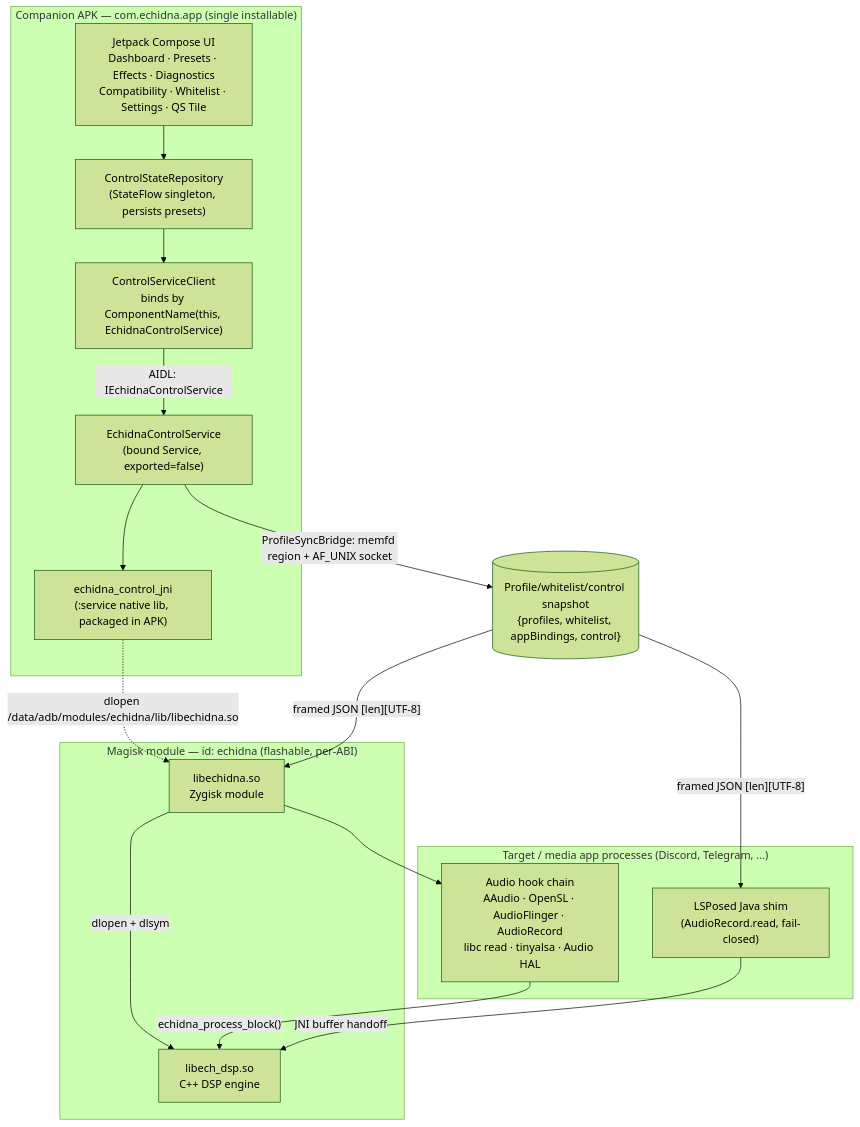
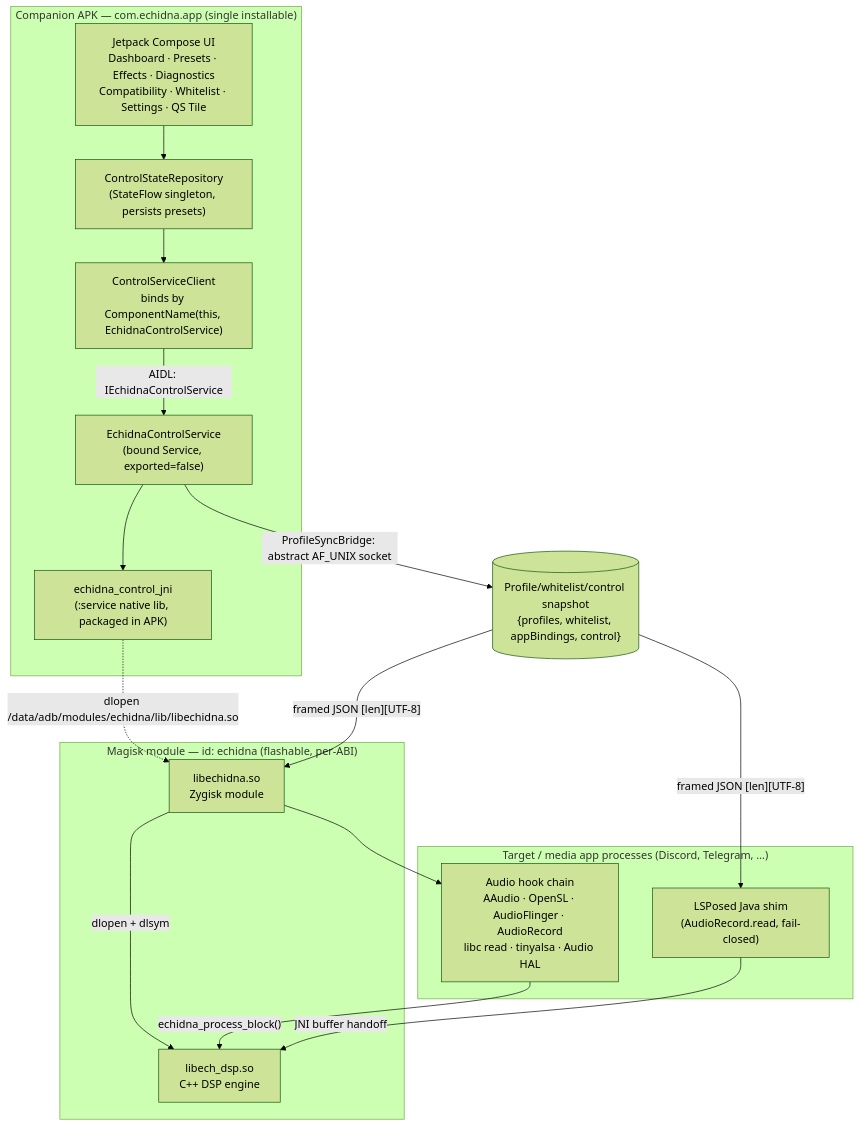
The first of 3 diagrams in docs/architecture.md (supermarsx/echidna), drawn with Mermaid (forest theme) before and after one commit. The commit also changed other lines of this file and 8 other files, not shown here.

First line of the commit message:
Document multi-reader profile sync

````diff
--- a/docs/architecture.md
+++ b/docs/architecture.md
@@ -18,32 +18,32 @@
 ```mermaid
 flowchart TB
     subgraph APK["Companion APK — com.echidna.app (single installable)"]
         UI["Jetpack Compose UI<br/>Dashboard · Presets · Effects · Diagnostics<br/>Compatibility · Whitelist · Settings · QS Tile"]
         REPO["ControlStateRepository<br/>(StateFlow singleton, persists presets)"]
         CLIENT["ControlServiceClient<br/>binds by ComponentName(this, EchidnaControlService)"]
         SVC["EchidnaControlService<br/>(bound Service, exported=false)"]
         JNI["echidna_control_jni<br/>(:service native lib, packaged in APK)"]
         UI --> REPO --> CLIENT
         CLIENT -->|"AIDL: IEchidnaControlService"| SVC
         SVC --> JNI
     end
 
     subgraph MAGISK["Magisk module — id: echidna (flashable, per-ABI)"]
         ZY["libechidna.so<br/>Zygisk module"]
         DSP["libech_dsp.so<br/>C++ DSP engine"]
         ZY -->|"dlopen + dlsym"| DSP
     end
 
     subgraph TARGET["Target / media app processes (Discord, Telegram, …)"]
         HOOKS["Audio hook chain<br/>AAudio · OpenSL · AudioFlinger · AudioRecord<br/>libc read · tinyalsa · Audio HAL"]
         SHIM["LSPosed Java shim<br/>(AudioRecord.read, fail-closed)"]
     end
 
     JNI -.->|"dlopen /data/adb/modules/echidna/lib/libechidna.so"| ZY
-    SVC -->|"ProfileSyncBridge: memfd region + AF_UNIX socket"| SNAP[("Profile/whitelist/control snapshot<br/>{profiles, whitelist, appBindings, control}")]
+    SVC -->|"ProfileSyncBridge: abstract AF_UNIX socket"| SNAP[("Profile/whitelist/control snapshot<br/>{profiles, whitelist, appBindings, control}")]
     SNAP -->|"framed JSON [len][UTF-8]"| ZY
     SNAP -->|"framed JSON [len][UTF-8]"| SHIM
     ZY --> HOOKS
     HOOKS -->|"echidna_process_block()"| DSP
     SHIM -->|"JNI buffer handoff"| DSP
 ```
````
